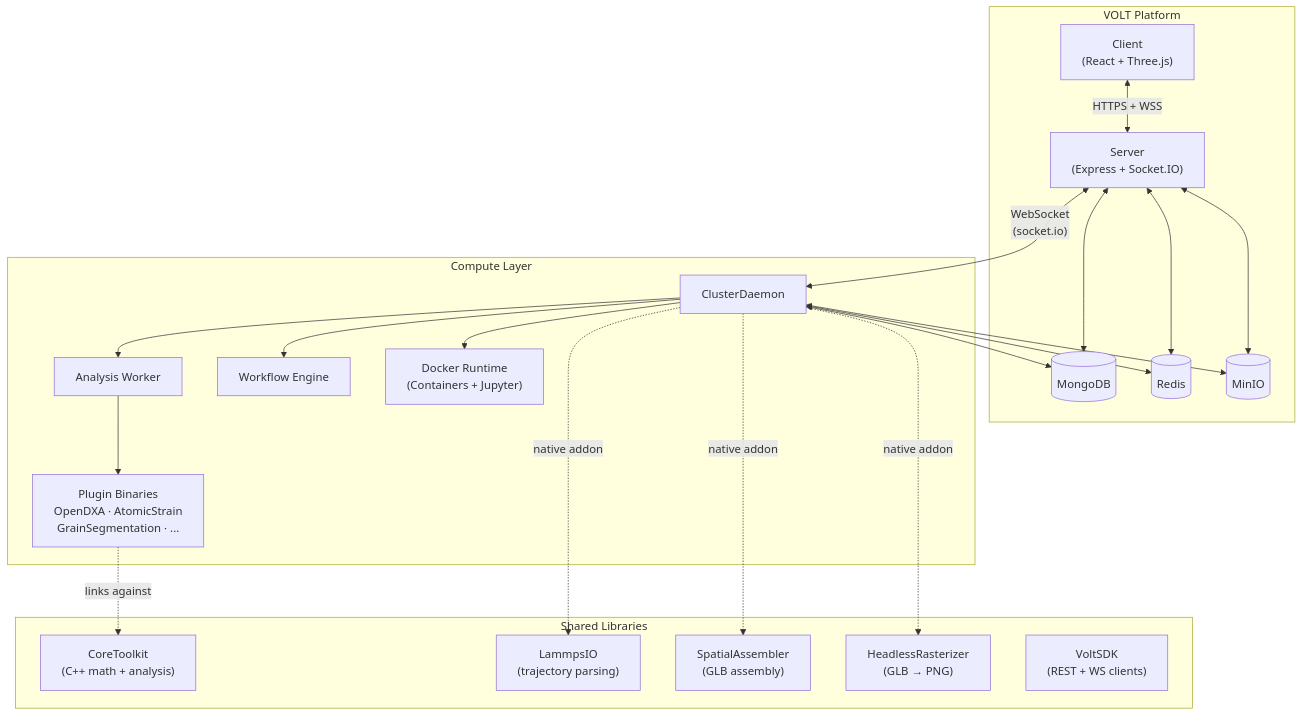
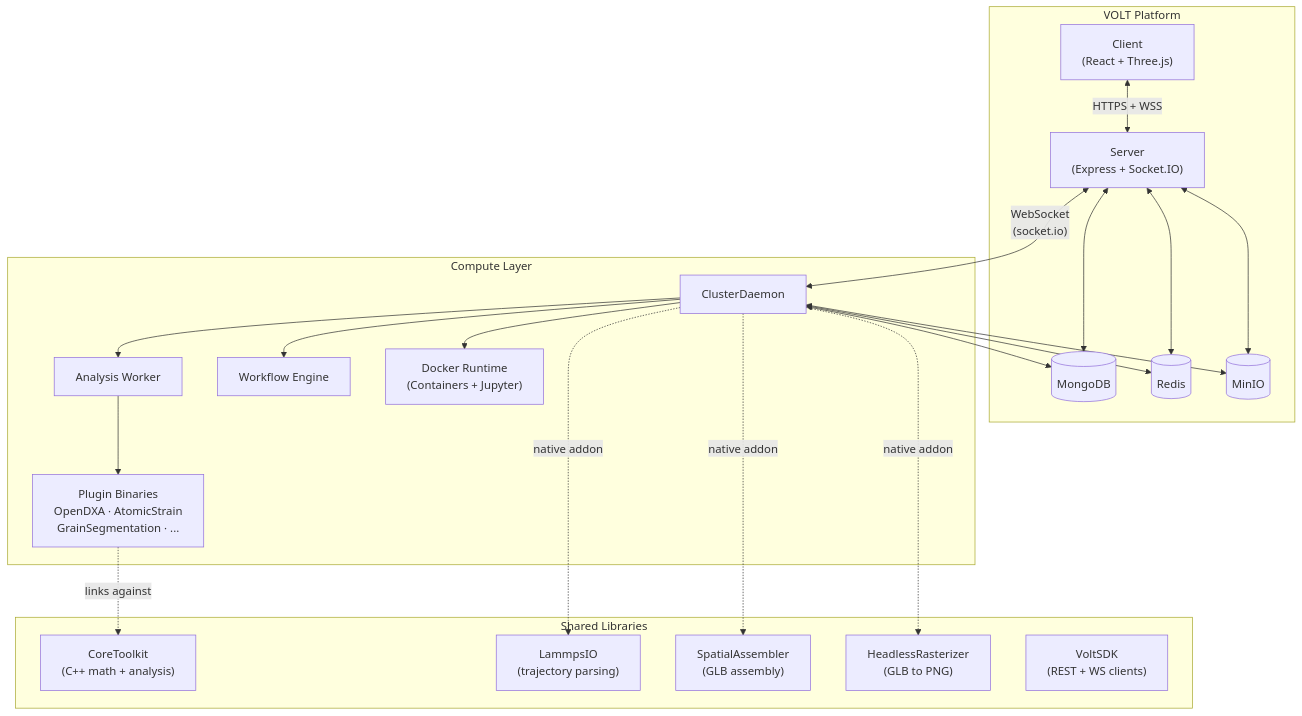
The first of 2 diagrams in content/docs/architecture.mdx (VoltLabs-Research/docs.voltcloud.dev), drawn with Mermaid before and after one commit. The commit also changed other lines of this file and 70 other files, not shown here.

````diff
--- a/content/docs/architecture.mdx
+++ b/content/docs/architecture.mdx
@@ -14,43 +22,43 @@
 ```mermaid
 graph TB
     subgraph Platform["VOLT Platform"]
         Client["Client\n(React + Three.js)"]
         Server["Server\n(Express + Socket.IO)"]
         MongoDB[(MongoDB)]
         Redis[(Redis)]
         MinIO[(MinIO)]
         Client <-->|"HTTPS + WSS"| Server
         Server <--> MongoDB
         Server <--> Redis
         Server <--> MinIO
     end
 
     subgraph Compute["Compute Layer"]
         Daemon["ClusterDaemon"]
         Worker["Analysis Worker"]
         Workflow["Workflow Engine"]
         Docker["Docker Runtime\n(Containers + Jupyter)"]
         Plugins["Plugin Binaries\nOpenDXA · AtomicStrain\nGrainSegmentation · ..."]
         Daemon --> Worker
         Daemon --> Workflow
         Daemon --> Docker
         Worker --> Plugins
     end
 
     subgraph Libraries["Shared Libraries"]
         CoreToolkit["CoreToolkit\n(C++ math + analysis)"]
         LammpsIO["LammpsIO\n(trajectory parsing)"]
         SpatialAssembler["SpatialAssembler\n(GLB assembly)"]
-        HeadlessRasterizer["HeadlessRasterizer\n(GLB → PNG)"]
+        HeadlessRasterizer["HeadlessRasterizer\n(GLB to PNG)"]
         VoltSDK["VoltSDK\n(REST + WS clients)"]
     end
 
     Server <-->|"WebSocket\n(socket.io)"| Daemon
     Daemon <--> MinIO
     Daemon <--> MongoDB
     Daemon <--> Redis
     Plugins -.->|"links against"| CoreToolkit
     Daemon -.->|"native addon"| LammpsIO
     Daemon -.->|"native addon"| SpatialAssembler
     Daemon -.->|"native addon"| HeadlessRasterizer
 ```
````
